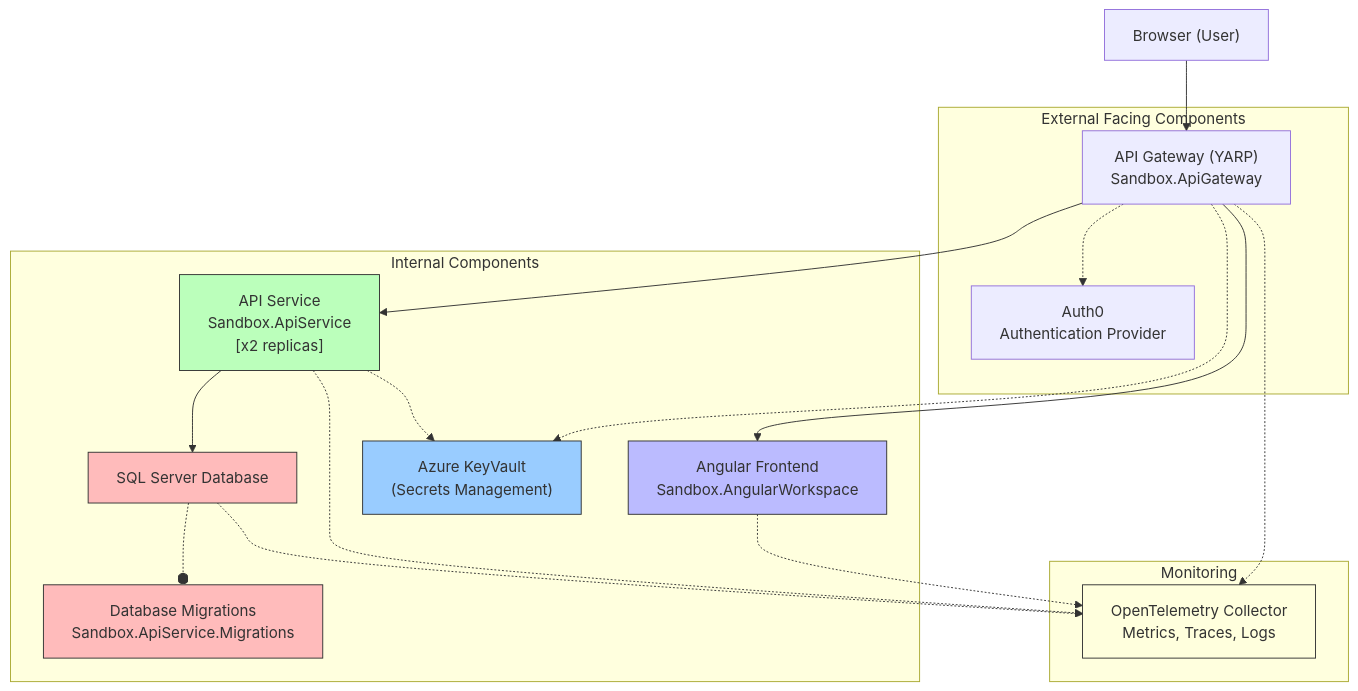
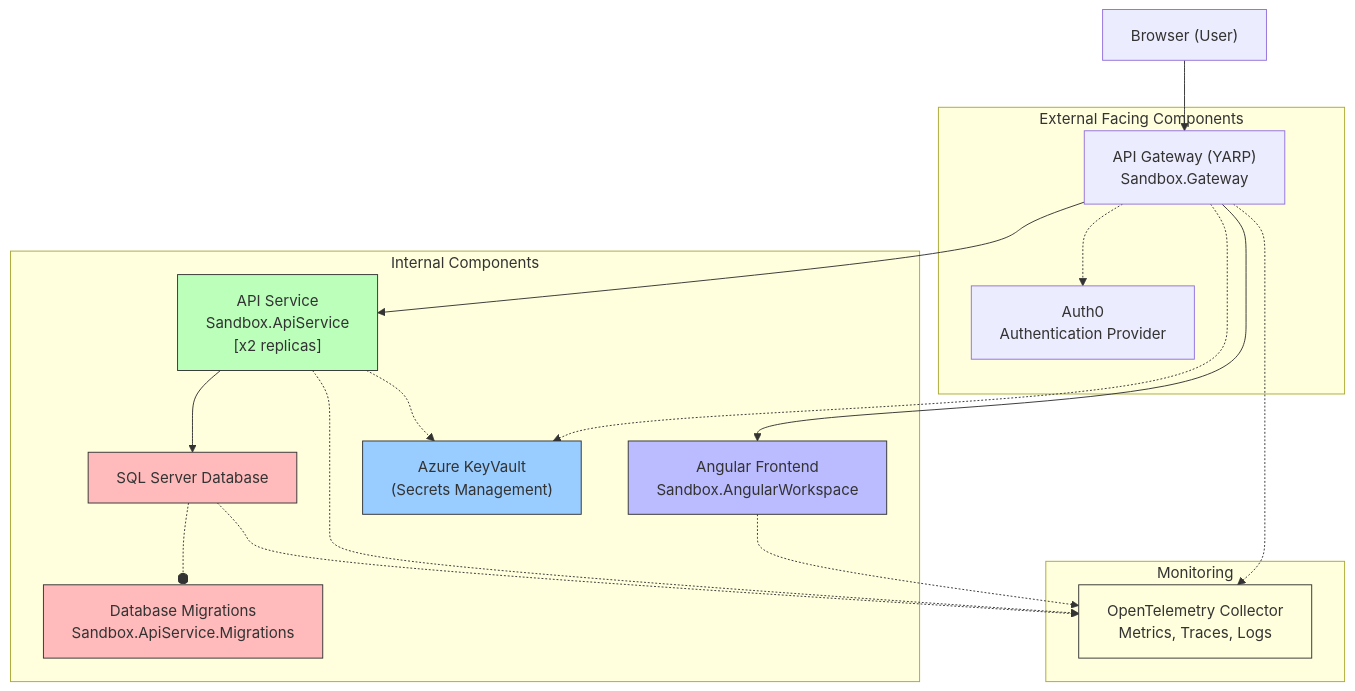
Before and after one commit to timdeschryver/Sandbox: the diagram in README.md, drawn with Mermaid. The commit also changed 154 other files, not shown here.

````diff
--- a/README.md
+++ b/README.md
@@ -15,50 +15,50 @@
 ```mermaid
 graph TD
-    User["Browser (User)"] --> ApiGateway
+    User["Browser (User)"] --> Gateway
 
     subgraph "External Facing Components"
-        ApiGateway["API Gateway (YARP)<br>Sandbox.ApiGateway"]
+        Gateway["API Gateway (YARP)<br>Sandbox.Gateway"]
         Auth0["Auth0<br>Authentication Provider"]
     end
 
     subgraph "Internal Components"
         AngularApp["Angular Frontend<br>Sandbox.AngularWorkspace"]
         ApiService["API Service<br>Sandbox.ApiService<br>[x2 replicas]"]
         SqlDatabase["SQL Server Database"]
         DbMigrations["Database Migrations<br>Sandbox.ApiService.Migrations"]
         KeyVault["Azure KeyVault<br>(Secrets Management)"]
 
-        ApiGateway --> AngularApp
-        ApiGateway --> ApiService
+        Gateway --> AngularApp
+        Gateway --> ApiService
         ApiService --> SqlDatabase
         SqlDatabase -.-o DbMigrations
-        ApiGateway -.-> KeyVault
+        Gateway -.-> KeyVault
         ApiService -.-> KeyVault
-        ApiGateway -.-> Auth0
+        Gateway -.-> Auth0
     end
 
     subgraph "Monitoring"
         OpenTelemetry["OpenTelemetry Collector<br>Metrics, Traces, Logs"]
-        ApiGateway -.-> OpenTelemetry
+        Gateway -.-> OpenTelemetry
         AngularApp -.-> OpenTelemetry
         ApiService -.-> OpenTelemetry
         SqlDatabase -.-> OpenTelemetry
     end
 
     classDef externalFacing fill:#f96,stroke:#333,stroke-width:3px,stroke-dasharray: 5 5;
     classDef gateway fill:#f9f,stroke:#333,stroke-width:2px;
     classDef frontend fill:#bbf,stroke:#333,stroke-width:1px;
     classDef backend fill:#bfb,stroke:#333,stroke-width:1px;
     classDef database fill:#fbb,stroke:#333,stroke-width:1px;
     classDef secrets fill:#9cf,stroke:#333,stroke-width:1px;
     classDef auth fill:#f99,stroke:#333,stroke-width:1px;
     classDef monitoring fill:#ffd,stroke:#333,stroke-width:1px;
 
-    class ApiGateway gateway,externalFacing;
+    class Gateway gateway,externalFacing;
     class Auth0 auth,externalFacing;
     class AngularApp frontend;
     class ApiService backend;
     class SqlDatabase,DbMigrations database;
     class KeyVault secrets;
     class OpenTelemetry monitoring;
 ```
````
